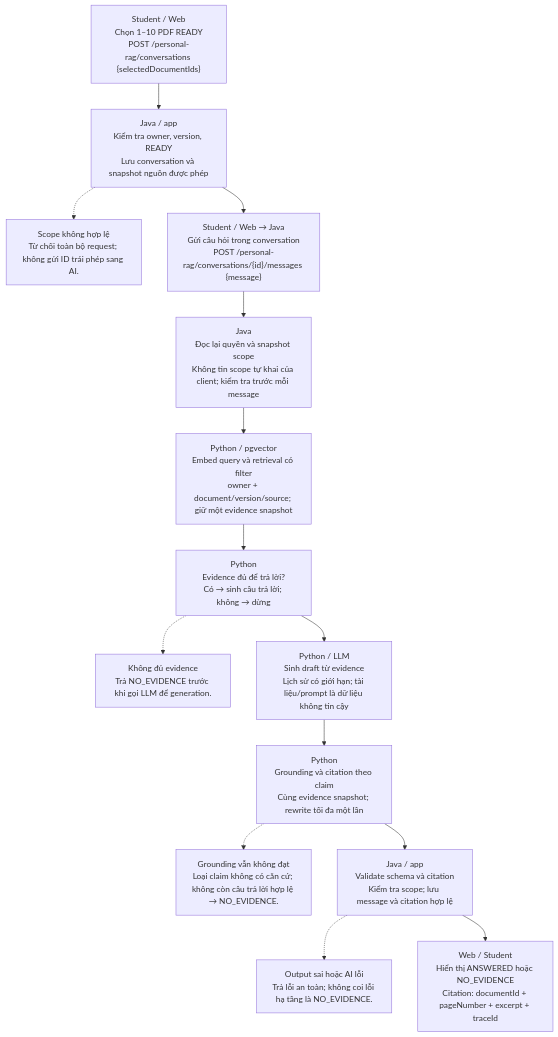
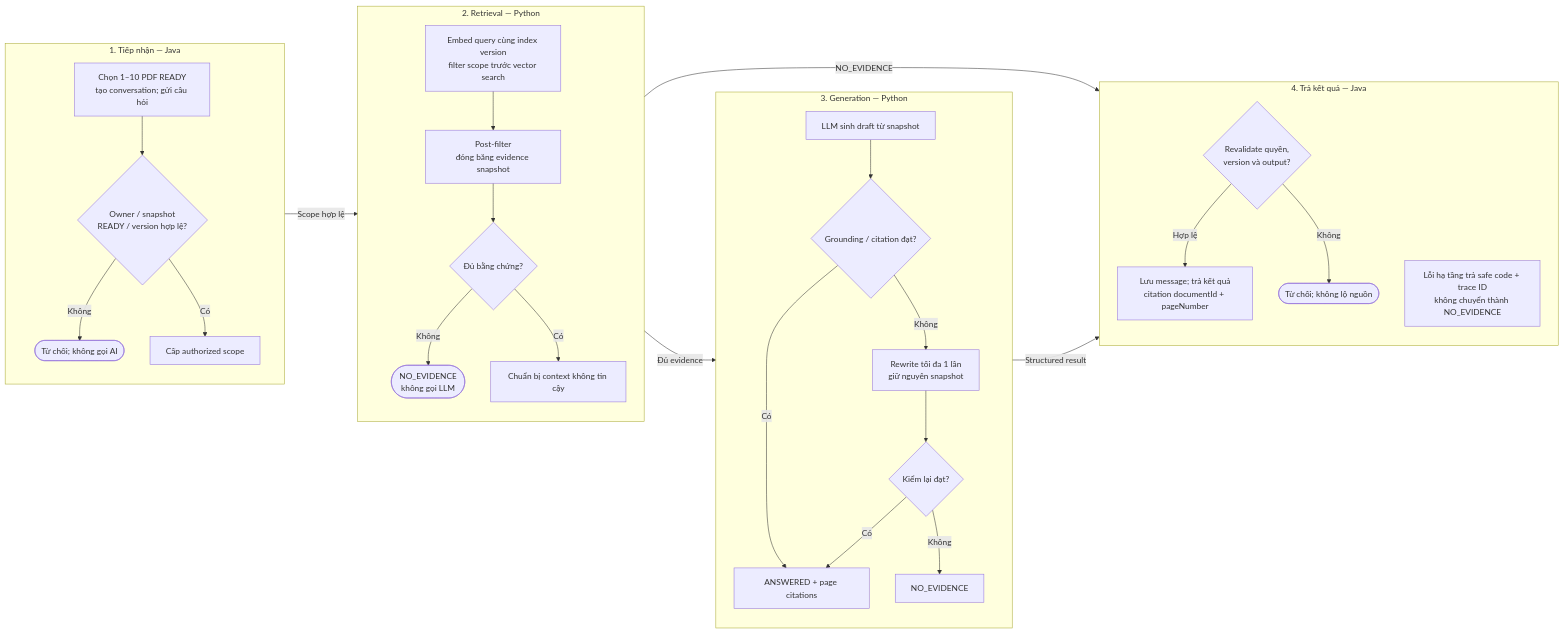
One commit to bch7504/DATN changed the diagram in docs/diagrams/chuong-3/02-personal-rag.mmd. Above: the diagram before and after it, drawn with Mermaid. The commit also changed 48 other files, not shown here.

Commit message:
docs: restructure report ch2 (analysis phase) and ch3 (design phase), clean up diagrams

```diff
--- a/docs/diagrams/chuong-3/02-personal-rag.mmd
+++ b/docs/diagrams/chuong-3/02-personal-rag.mmd
@@ -1,24 +1,33 @@
-flowchart TD
-    N0["Student / Web<br/>Chọn 1–10 PDF READY<br/>POST /personal-rag/conversations {selectedDocumentIds}"]
-    N1["Java / app<br/>Kiểm tra owner, version, READY<br/>Lưu conversation và snapshot nguồn được phép"]
-    N0 --> N1
-    N1 -.-> S1["Scope không hợp lệ<br/>Từ chối toàn bộ request; không gửi ID trái phép sang AI."]
-    N2["Student / Web → Java<br/>Gửi câu hỏi trong conversation<br/>POST /personal-rag/conversations/{id}/messages {message}"]
-    N1 --> N2
-    N3["Java<br/>Đọc lại quyền và snapshot scope<br/>Không tin scope tự khai của client; kiểm tra trước mỗi message"]
-    N2 --> N3
-    N4["Python / pgvector<br/>Embed query và retrieval có filter<br/>owner + document/version/source; giữ một evidence snapshot"]
-    N3 --> N4
-    N5["Python<br/>Evidence đủ để trả lời?<br/>Có → sinh câu trả lời; không → dừng"]
-    N4 --> N5
-    N5 -.-> S5["Không đủ evidence<br/>Trả NO_EVIDENCE trước khi gọi LLM để generation."]
-    N6["Python / LLM<br/>Sinh draft từ evidence<br/>Lịch sử có giới hạn; tài liệu/prompt là dữ liệu không tin cậy"]
-    N5 --> N6
-    N7["Python<br/>Grounding và citation theo claim<br/>Cùng evidence snapshot; rewrite tối đa một lần"]
-    N6 --> N7
-    N7 -.-> S7["Grounding vẫn không đạt<br/>Loại claim không có căn cứ; không còn câu trả lời hợp lệ → NO_EVIDENCE."]
-    N8["Java / app<br/>Validate schema và citation<br/>Kiểm tra scope; lưu message và citation hợp lệ"]
-    N7 --> N8
-    N8 -.-> S8["Output sai hoặc AI lỗi<br/>Trả lỗi an toàn; không coi lỗi hạ tầng là NO_EVIDENCE."]
-    N9["Web / Student<br/>Hiển thị ANSWERED hoặc NO_EVIDENCE<br/>Citation: documentId + pageNumber + excerpt + traceId"]
-    N8 --> N9
+flowchart LR
+  subgraph AUTH["1. Tiếp nhận — Java"]
+    direction TB
+    A["Chọn 1–10 PDF READY<br/>tạo conversation; gửi câu hỏi"] --> B{"Owner / snapshot<br/>READY / version hợp lệ?"}
+    B -->|Không| X(["Từ chối; không gọi AI"])
+    B -->|Có| S["Cấp authorized scope"]
+  end
+  subgraph RET["2. Retrieval — Python"]
+    direction TB
+    C["Embed query cùng index version<br/>filter scope trước vector search"] --> D["Post-filter<br/>đóng băng evidence snapshot"]
+    D --> E{"Đủ bằng chứng?"}
+    E -->|Không| N(["NO_EVIDENCE<br/>không gọi LLM"])
+    E -->|Có| CTX["Chuẩn bị context không tin cậy"]
+  end
+  subgraph GEN["3. Generation — Python"]
+    direction TB
+    F["LLM sinh draft từ snapshot"] --> G{"Grounding / citation đạt?"}
+    G -->|Có| OK["ANSWERED + page citations"]
+    G -->|Không| H["Rewrite tối đa 1 lần<br/>giữ nguyên snapshot"]
+    H --> I{"Kiểm lại đạt?"}
+    I -->|Có| OK
+    I -->|Không| NN["NO_EVIDENCE"]
+  end
+  subgraph RESP["4. Trả kết quả — Java"]
+    direction TB
+    J{"Revalidate quyền,<br/>version và output?"} -->|Hợp lệ| R["Lưu message; trả kết quả<br/>citation documentId + pageNumber"]
+    J -->|Không| XX(["Từ chối; không lộ nguồn"])
+    ERR["Lỗi hạ tầng trả safe code + trace ID<br/>không chuyển thành NO_EVIDENCE"]
+  end
+  AUTH -->|Scope hợp lệ| RET
+  RET -->|Đủ evidence| GEN
+  RET -->|NO_EVIDENCE| RESP
+  GEN -->|Structured result| RESP
```
